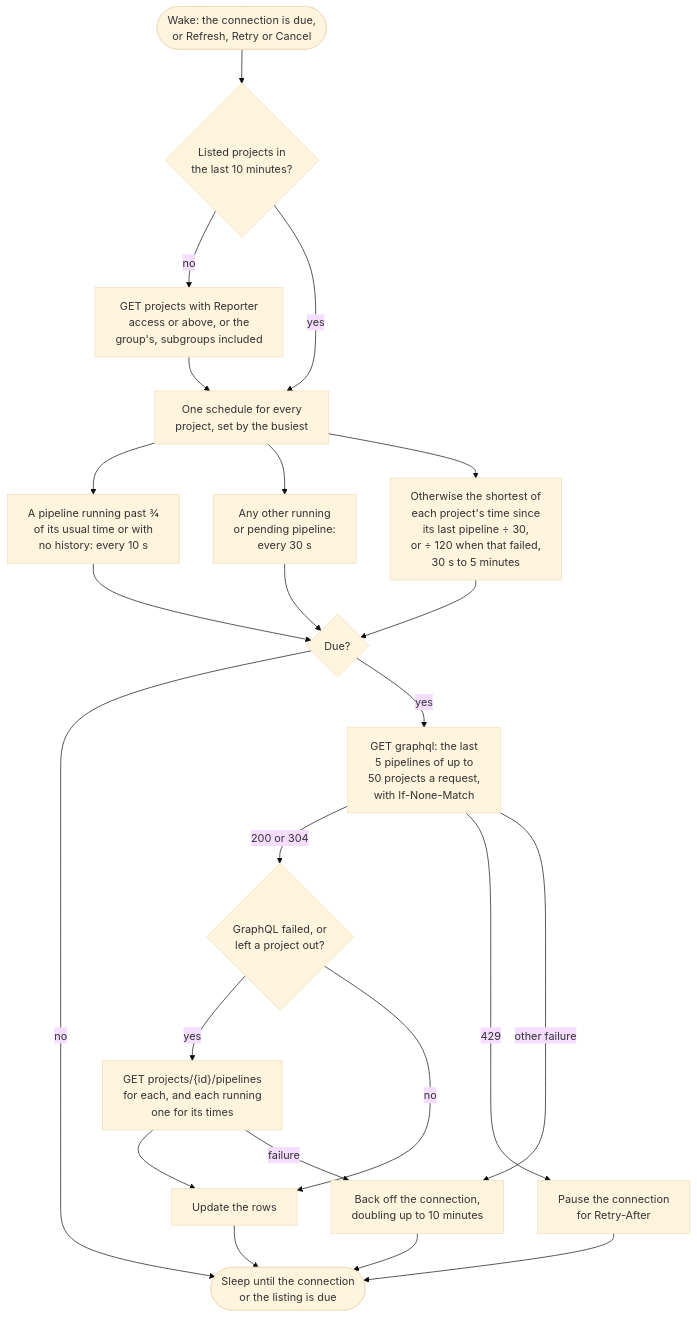
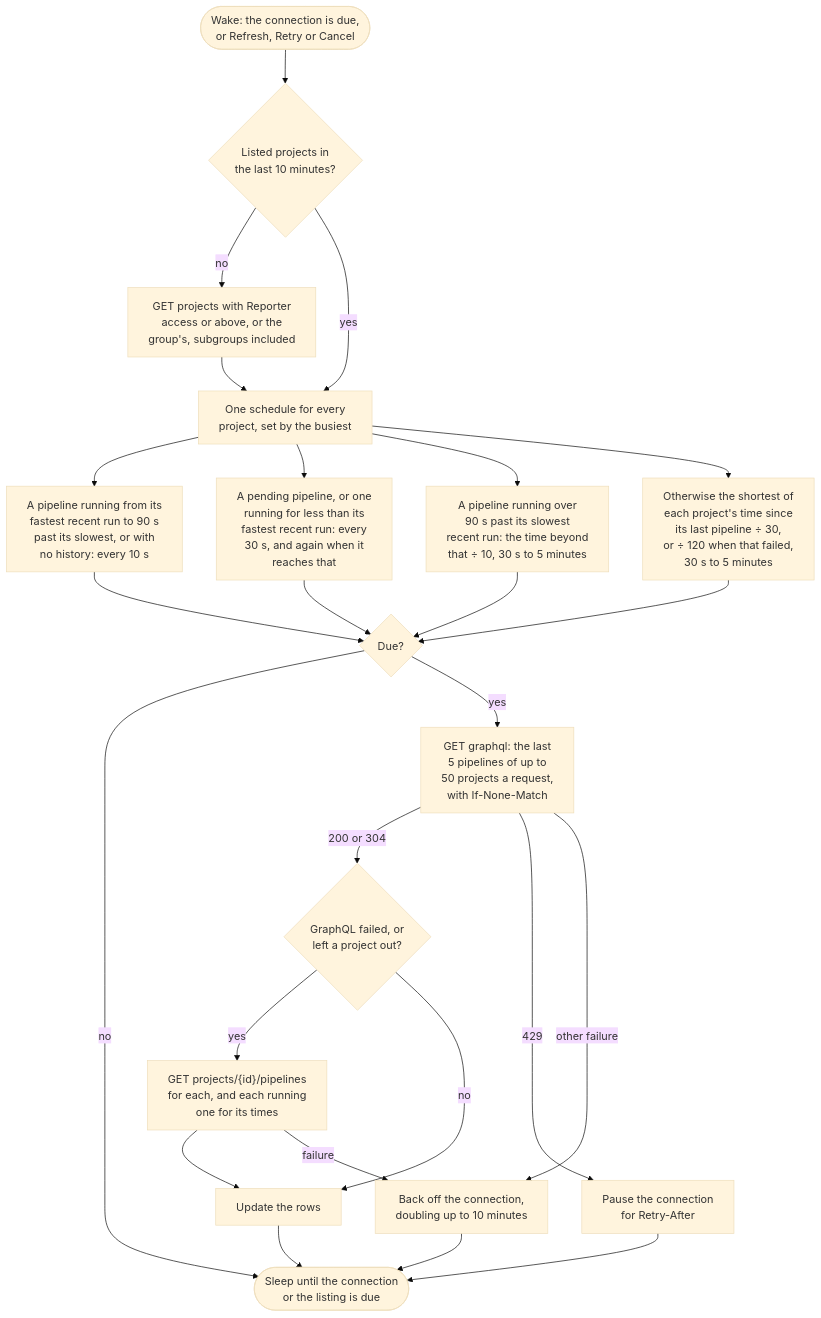
The diagram in docs/mdsource/providers/gitlab.source.md (SimonCropp/BuildMonitor), drawn with Mermaid (base theme) before and after one commit. The commit also changed 30 other files, not shown here.

First line of the commit message:
Aim the running interval at when a build is expected to finish

````diff
--- a/docs/mdsource/providers/gitlab.source.md
+++ b/docs/mdsource/providers/gitlab.source.md
@@ -32,30 +32,32 @@
 ```mermaid
 ---
 config:
   flowchart:
     wrappingWidth: 400
 ---
 flowchart TD
     wake(["Wake: the connection is due,<br/>or Refresh, Retry or Cancel"]) --> listed{"Listed projects in<br/>the last 10 minutes?"}
     listed -- "no" --> discover["GET projects with Reporter<br/>access or above, or the<br/>group's, subgroups included"]
     listed -- "yes" --> interval["One schedule for every<br/>project, set by the busiest"]
     discover --> interval
-    interval --> finishing["A pipeline running past ¾<br/>of its usual time or with<br/>no history: every 10 s"]
-    interval --> running["Any other running<br/>or pending pipeline:<br/>every 30 s"]
+    interval --> finishing["A pipeline running from its<br/>fastest recent run to 90 s<br/>past its slowest, or with<br/>no history: every 10 s"]
+    interval --> running["A pending pipeline, or one<br/>running for less than its<br/>fastest recent run: every<br/>30 s, and again when it<br/>reaches that"]
+    interval --> overrun["A pipeline running over<br/>90 s past its slowest<br/>recent run: the time beyond<br/>that ÷ 10, 30 s to 5 minutes"]
     interval --> quiet["Otherwise the shortest of<br/>each project's time since<br/>its last pipeline ÷ 30,<br/>or ÷ 120 when that failed,<br/>30 s to 5 minutes"]
     finishing --> due{"Due?"}
     running --> due
+    overrun --> due
     quiet --> due
     due -- "no" --> sleep(["Sleep until the connection<br/>or the listing is due"])
     due -- "yes" --> query["GET graphql: the last<br/>5 pipelines of up to<br/>50 projects a request,<br/>with If-None-Match"]
     query -- "200 or 304" --> missing{"GraphQL failed, or<br/>left a project out?"}
     missing -- "yes" --> rest["GET projects/{id}/pipelines<br/>for each, and each running<br/>one for its times"]
     missing -- "no" --> rows["Update the rows"]
     rest --> rows
     query -- "429" --> pause["Pause the connection<br/>for Retry-After"]
     query -- "other failure" --> backoff["Back off the connection,<br/>doubling up to 10 minutes"]
     rest -- "failure" --> backoff
     rows --> sleep
     pause --> sleep
     backoff --> sleep
 ```
````
